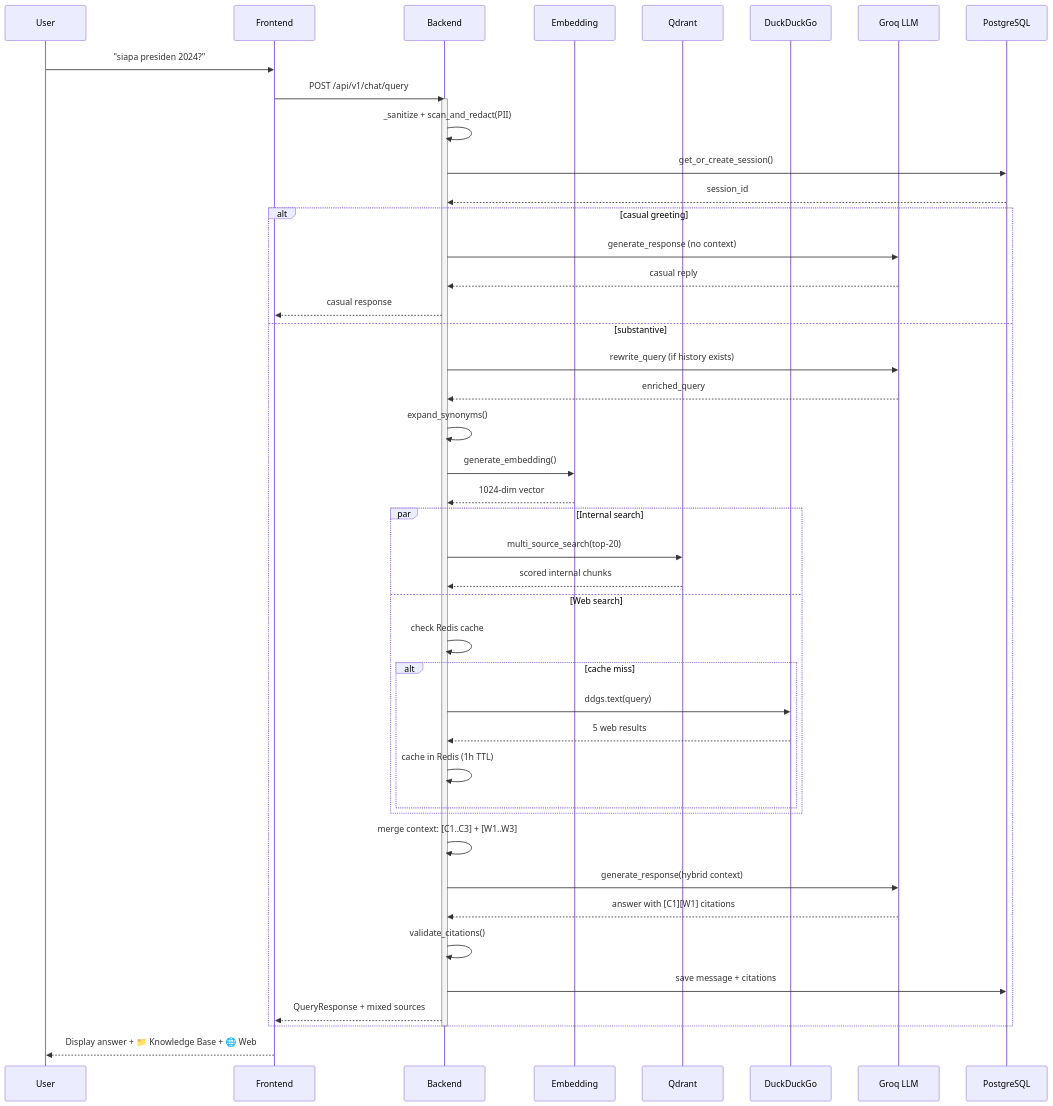
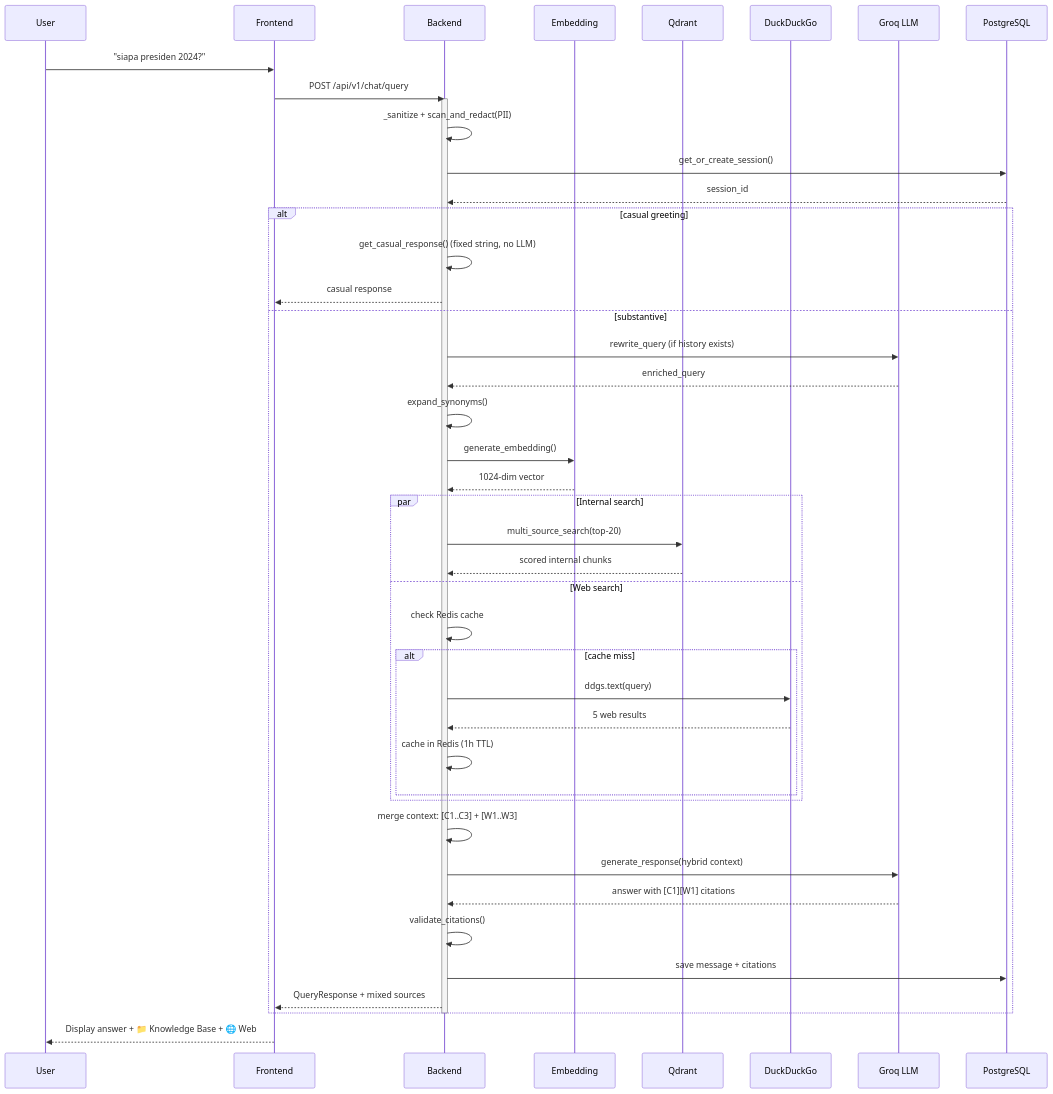
The fifth of 8 diagrams in README.md (zidanbrilliant/chatbot-rag), drawn with Mermaid before and after one commit. The commit also changed other lines of this file, not shown here.

````diff
--- a/README.md
+++ b/README.md
@@ -226,54 +221,53 @@
 ```mermaid
 sequenceDiagram
     participant User
     participant FE as Frontend
     participant BE as Backend
     participant EMB as Embedding
     participant QD as Qdrant
     participant WWW as DuckDuckGo
     participant GR as Groq LLM
     participant DB as PostgreSQL
 
     User->>FE: "siapa presiden 2024?"
     FE->>BE: POST /api/v1/chat/query
     activate BE
 
     BE->>BE: _sanitize + scan_and_redact(PII)
     BE->>DB: get_or_create_session()
     DB-->>BE: session_id
 
     alt casual greeting
-        BE->>GR: generate_response (no context)
-        GR-->>BE: casual reply
+        BE->>BE: get_casual_response() (fixed string, no LLM)
         BE-->>FE: casual response
     else substantive
         BE->>GR: rewrite_query (if history exists)
         GR-->>BE: enriched_query
         BE->>BE: expand_synonyms()
         BE->>EMB: generate_embedding()
         EMB-->>BE: 1024-dim vector
 
         par Internal search
             BE->>QD: multi_source_search(top-20)
             QD-->>BE: scored internal chunks
         and Web search
             BE->>BE: check Redis cache
             alt cache miss
                 BE->>WWW: ddgs.text(query)
                 WWW-->>BE: 5 web results
                 BE->>BE: cache in Redis (1h TTL)
             end
         end
 
         BE->>BE: merge context: [C1..C3] + [W1..W3]
         BE->>GR: generate_response(hybrid context)
         GR-->>BE: answer with [C1][W1] citations
 
         BE->>BE: validate_citations()
         BE->>DB: save message + citations
         BE-->>FE: QueryResponse + mixed sources
     end
 
     deactivate BE
     FE-->>User: Display answer + 📁 Knowledge Base + 🌐 Web
 ```
````
